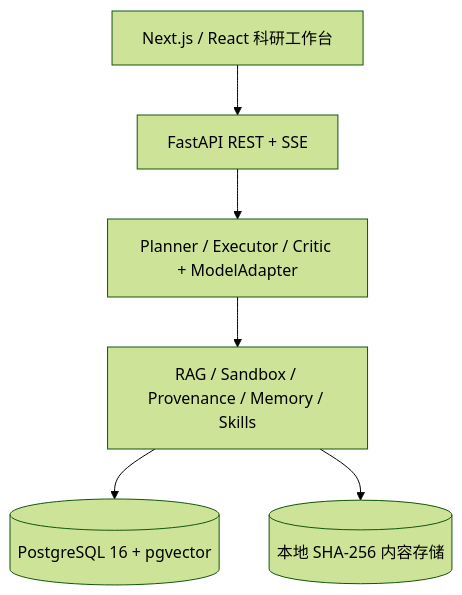
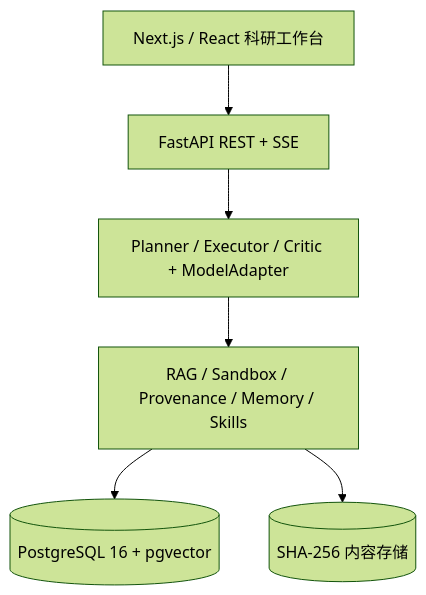
The second of 2 diagrams in README.md (telawang91-dotcom/reprolab), drawn with Mermaid (forest theme) before and after one commit. The commit also changed other lines of this file, not shown here.

````diff
--- a/README.md
+++ b/README.md
@@ -275,15 +169,15 @@
 ```mermaid
 flowchart TB
     UI[Next.js / React 科研工作台]
     API[FastAPI REST + SSE]
     AGENT[Planner / Executor / Critic + ModelAdapter]
     SERVICES[RAG / Sandbox / Provenance / Memory / Skills]
     PG[(PostgreSQL 16 + pgvector)]
-    FS[(本地 SHA-256 内容存储)]
+    FS[(SHA-256 内容存储)]
 
     UI --> API
     API --> AGENT
     AGENT --> SERVICES
     SERVICES --> PG
     SERVICES --> FS
 ```
````
